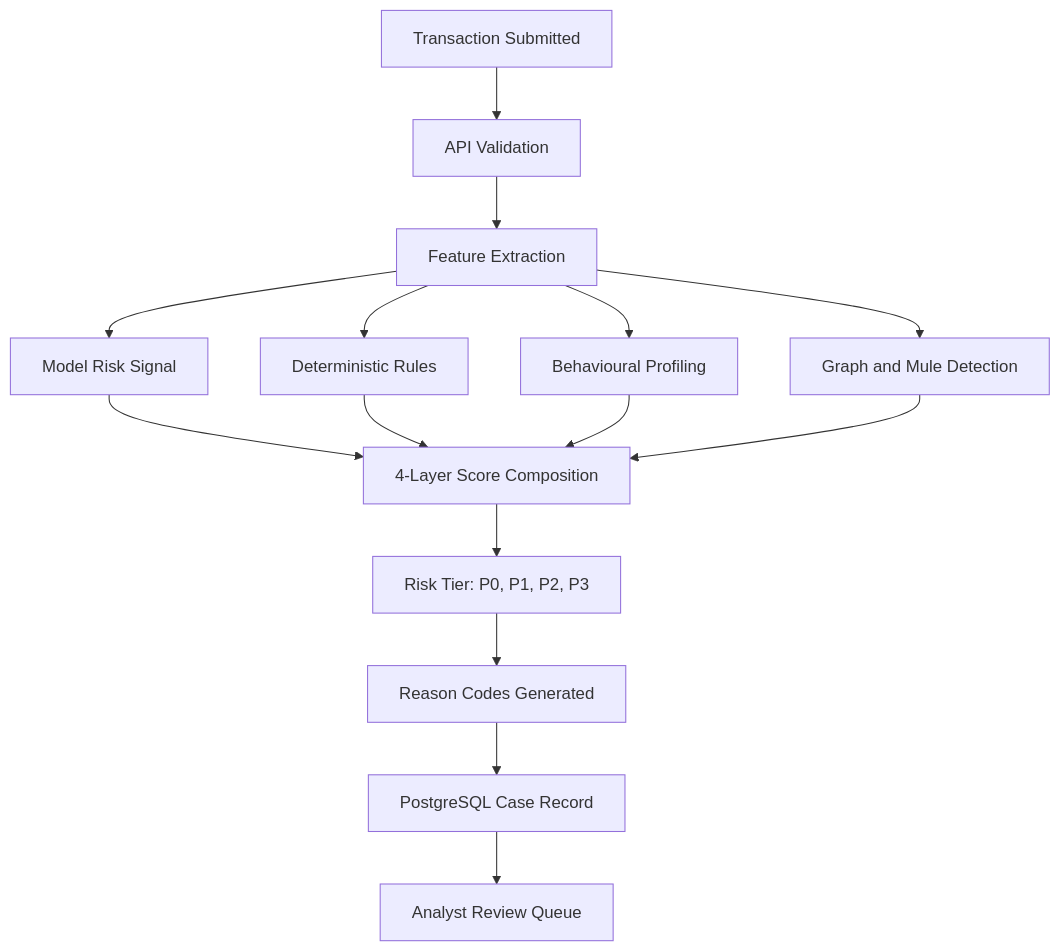
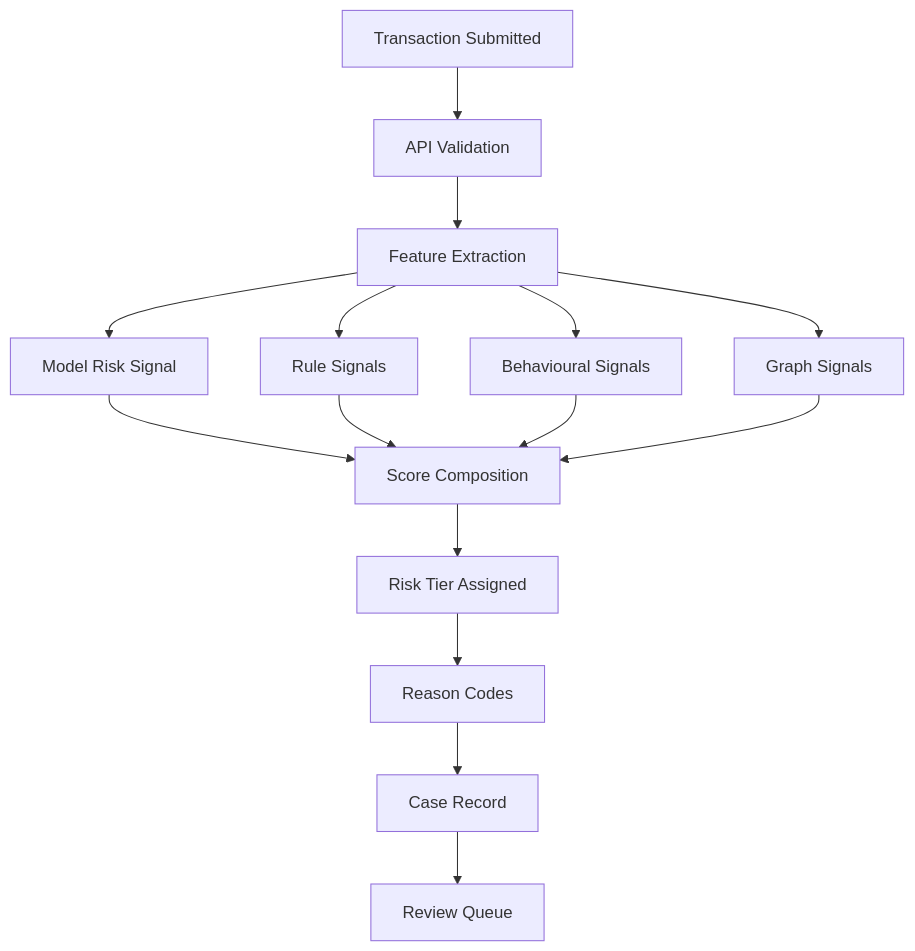
Before and after one commit to IjazKakkodDS/transaction-fraud-intelligence-console: the second of 6 diagrams in README.md, drawn with Mermaid. The commit also changed other lines of this file, not shown here.

Commit message:
Simplify README Mermaid syntax

````diff
--- a/README.md
+++ b/README.md
@@ -267,17 +267,30 @@
 ```mermaid
-flowchart TD
-    A["Transaction Submitted"] --> B["API Validation"]
-    B --> C["Feature Extraction"]
-    C --> D["Model Risk Signal"]
-    C --> E["Deterministic Rules"]
-    C --> F["Behavioural Profiling"]
-    C --> G["Graph and Mule Detection"]
-    D --> H["4-Layer Score Composition"]
-    E --> H
-    F --> H
-    G --> H
-    H --> I["Risk Tier: P0, P1, P2, P3"]
-    I --> J["Reason Codes Generated"]
-    J --> K["PostgreSQL Case Record"]
-    K --> L["Analyst Review Queue"]
+graph TD
+A[Transaction Submitted]
+B[API Validation]
+C[Feature Extraction]
+D[Model Risk Signal]
+E[Rule Signals]
+F[Behavioural Signals]
+G[Graph Signals]
+H[Score Composition]
+I[Risk Tier Assigned]
+J[Reason Codes]
+K[Case Record]
+L[Review Queue]
+
+A --> B
+B --> C
+C --> D
+C --> E
+C --> F
+C --> G
+D --> H
+E --> H
+F --> H
+G --> H
+H --> I
+I --> J
+J --> K
+K --> L
 ```
````
